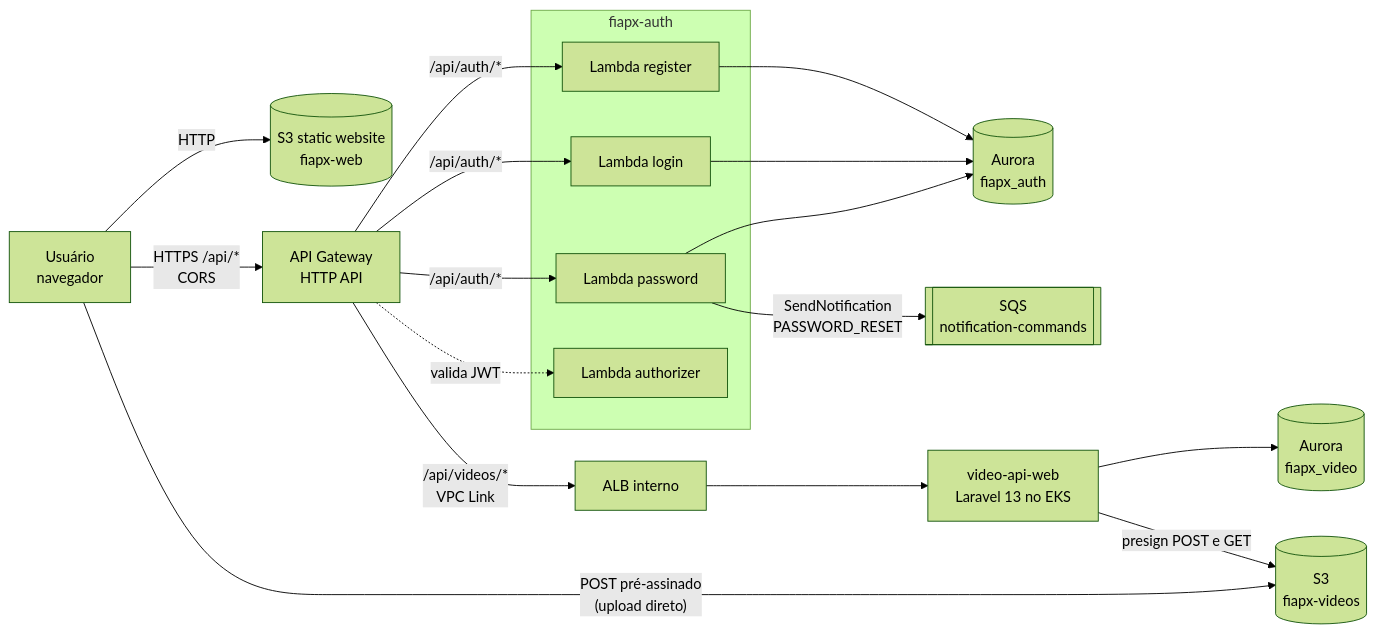
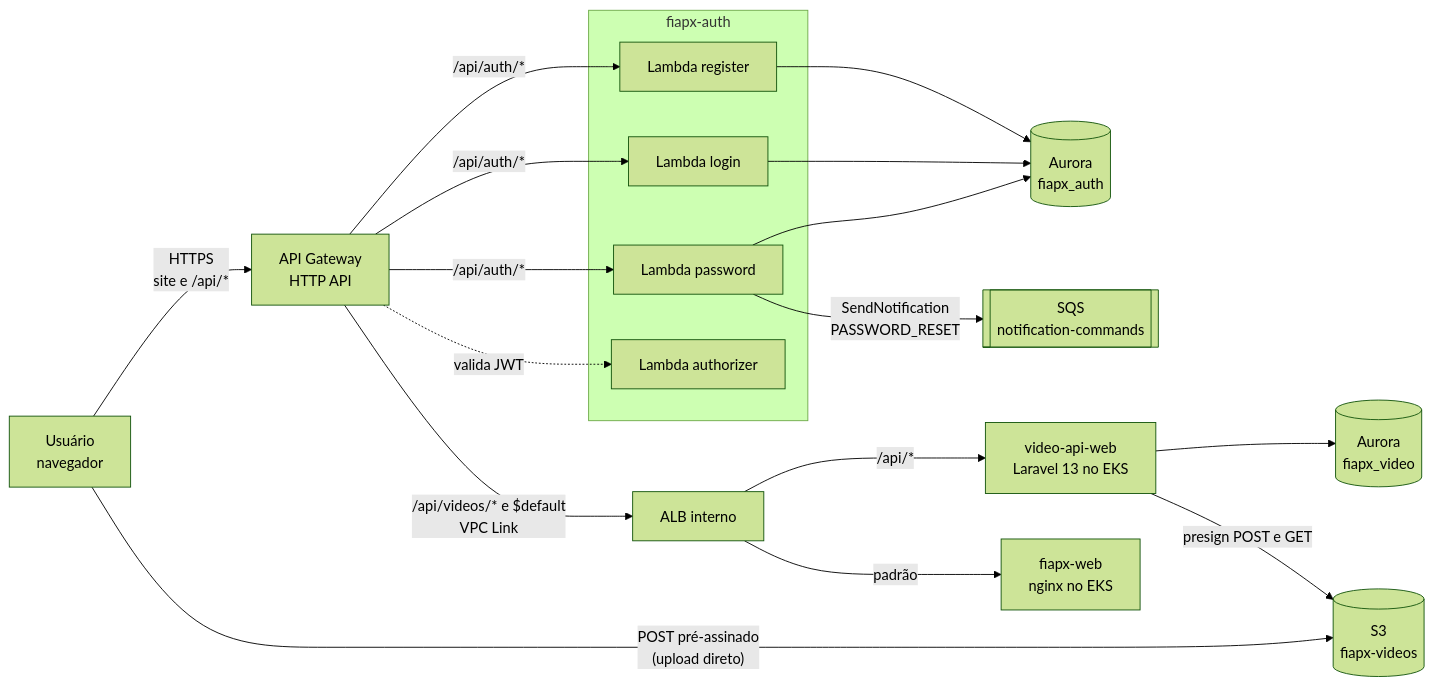
One commit to hackathon-fiap-soat/fiapx-docs changed the first of 2 diagrams in 03-arquitetura/c4-containers.md. Above: the diagram before and after it, drawn with Mermaid (forest theme). The commit also changed other lines of this file and 35 other files, not shown here.

First line of the commit message:
docs: ADR-019 revisado após o primeiro apply (Aurora db.t3.medium e site no EKS) (#15)

````diff
--- a/03-arquitetura/c4-containers.md
+++ b/03-arquitetura/c4-containers.md
@@ -8,23 +8,23 @@
 ```mermaid
 flowchart LR
-  U["Usuário<br/>navegador"] -->|"HTTP"| WEB[("S3 static website<br/>fiapx-web")]
-  U -->|"HTTPS /api/*<br/>CORS"| APIGW["API Gateway<br/>HTTP API"]
+  U["Usuário<br/>navegador"] -->|"HTTPS<br/>site e /api/*"| APIGW["API Gateway<br/>HTTP API"]
   U -->|"POST pré-assinado<br/>(upload direto)"| S3[("S3<br/>fiapx-videos")]
 
   subgraph Auth["fiapx-auth"]
     LREG["Lambda register"]
     LLOGIN["Lambda login"]
     LPASS["Lambda password"]
     LAUTHZ["Lambda authorizer"]
   end
 
   APIGW -->|"/api/auth/*"| LREG & LLOGIN & LPASS
   APIGW -. "valida JWT" .-> LAUTHZ
   LREG & LLOGIN & LPASS --> AURORA_AUTH[("Aurora<br/>fiapx_auth")]
   LPASS -->|"SendNotification<br/>PASSWORD_RESET"| Q_NOTIF[["SQS<br/>notification-commands"]]
 
-  APIGW -->|"/api/videos/*<br/>VPC Link"| ALB["ALB interno"]
-  ALB --> API["video-api-web<br/>Laravel 13 no EKS"]
+  APIGW -->|"/api/videos/* e $default<br/>VPC Link"| ALB["ALB interno"]
+  ALB -->|"/api/*"| API["video-api-web<br/>Laravel 13 no EKS"]
+  ALB -->|"padrão"| WEB["fiapx-web<br/>nginx no EKS"]
   API --> AURORA_VIDEO[("Aurora<br/>fiapx_video")]
   API -->|"presign POST e GET"| S3
 ```
````
